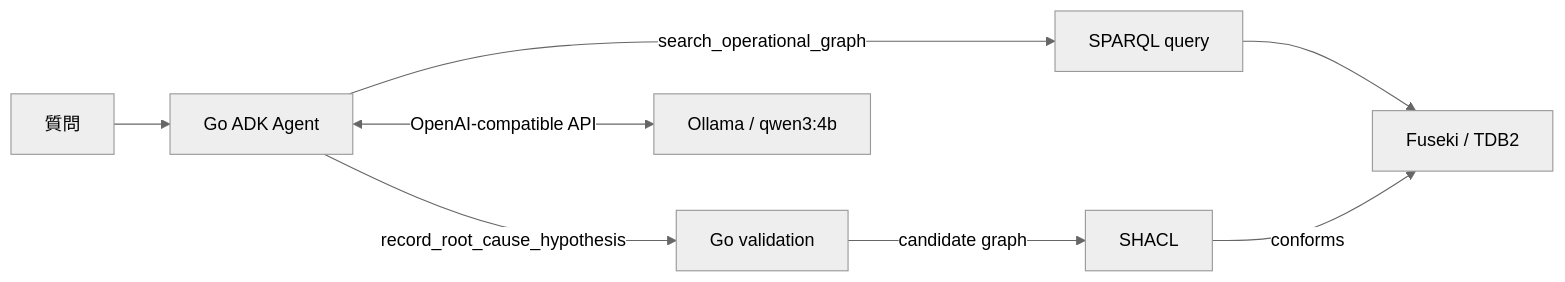
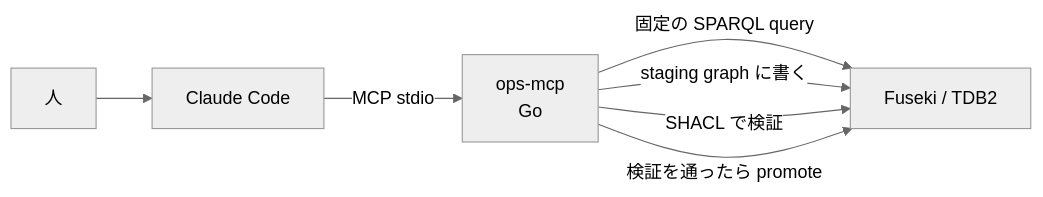
Before and after one commit to jedipunkz/jedipunkz.github.io: the diagram in content/post/ontology-driven-observability-playground.md, drawn with Mermaid (neutral theme). The commit also changed other lines of this file, not shown here.

Commit message:
docs: rewrite ontology post around MCP and Claude Code

````diff
--- a/content/post/ontology-driven-observability-playground.md
+++ b/content/post/ontology-driven-observability-playground.md
@@ -59,10 +82,9 @@
 ```mermaid
 flowchart LR
-  U[質問] --> A[Go ADK Agent]
-  A -->|search_operational_graph| Q[SPARQL query]
-  Q --> F[Fuseki / TDB2]
-  A -->|record_root_cause_hypothesis| V[Go validation]
-  V -->|candidate graph| S[SHACL]
-  S -->|conforms| F
-  A <-->|OpenAI-compatible API| O[Ollama / qwen3:4b]
+  U[人] --> C[Claude Code]
+  C -->|MCP stdio| M[ops-mcp<br/>Go]
+  M -->|固定の SPARQL query| F[Fuseki / TDB2]
+  M -->|staging graph に書く| F
+  M -->|SHACL で検証| F
+  M -->|検証を通ったら promote| F
 ```
````
